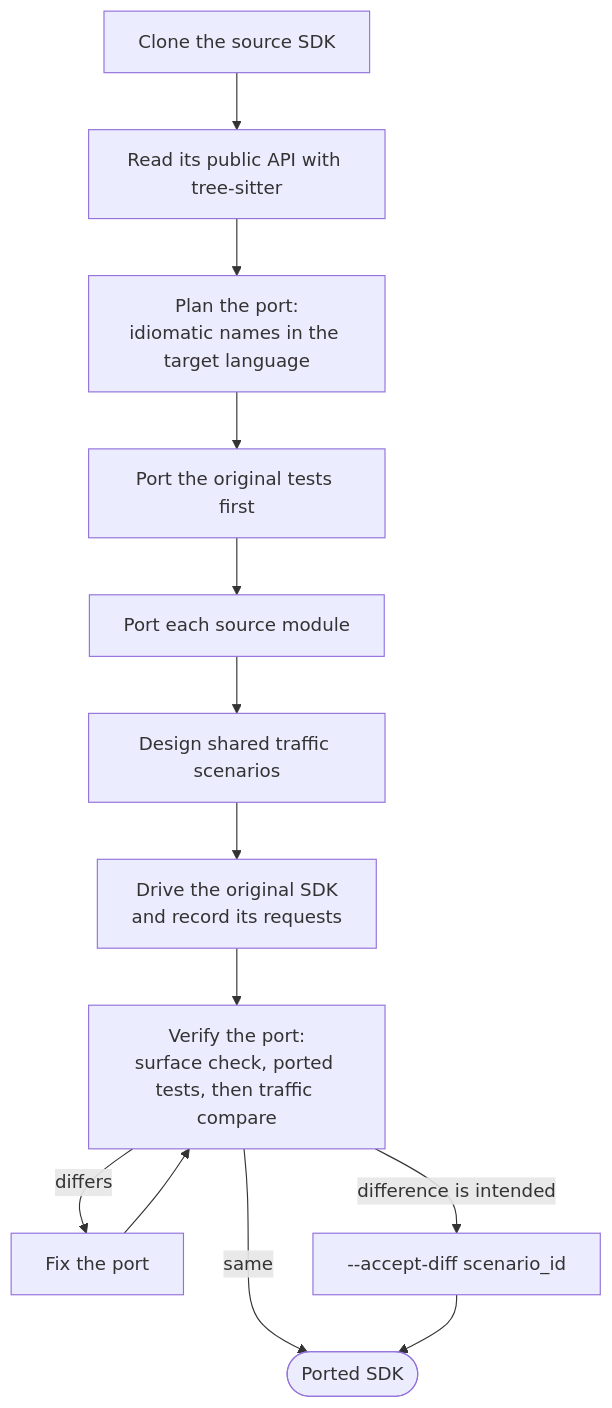
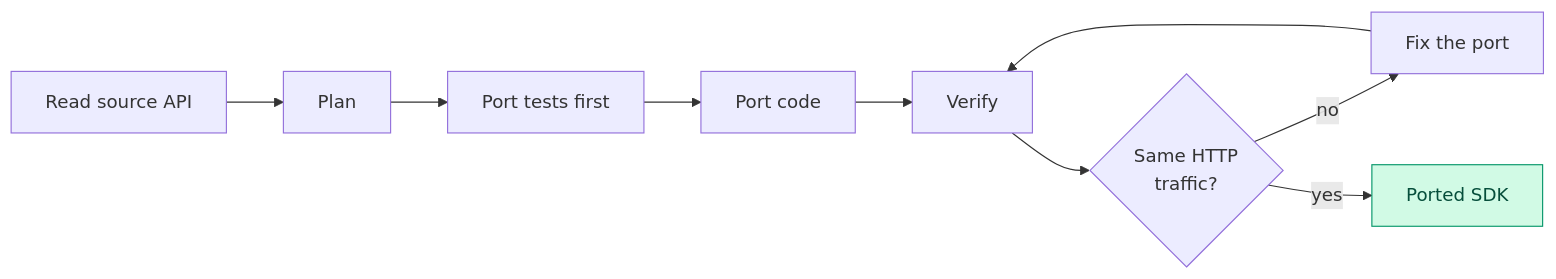
The fifth of 6 diagrams in README.md (phoscoder/sdk-forger), drawn with Mermaid before and after one commit. The commit also changed other lines of this file, not shown here.

Commit message:
docs: simplify the README diagrams

````diff
--- a/README.md
+++ b/README.md
@@ -164,15 +127,14 @@
 ```mermaid
-flowchart TD
-    A["Clone the source SDK"] --> B["Read its public API with tree-sitter"]
-    B --> C["Plan the port:<br/>idiomatic names in the target language"]
-    C --> D["Port the original tests first"]
-    D --> E["Port each source module"]
-    E --> F["Design shared traffic scenarios"]
-    F --> G["Drive the original SDK<br/>and record its requests"]
-    G --> H["Verify the port:<br/>surface check, ported tests, then traffic compare"]
-    H -->|differs| I["Fix the port"]
-    I --> H
-    H -->|same| J(["Ported SDK"])
-    H -->|"difference is intended"| K["--accept-diff scenario_id"]
-    K --> J
+flowchart LR
+    A[Read source API] --> B[Plan]
+    B --> C[Port tests first]
+    C --> D[Port code]
+    D --> E[Verify]
+    E --> F{Same HTTP<br>traffic?}
+    F -- no --> G[Fix the port]
+    G --> E
+    F -- yes --> H[Ported SDK]
+
+    classDef good fill:#d1fae5,stroke:#059669,color:#064e3b
+    class H good
 ```
````
